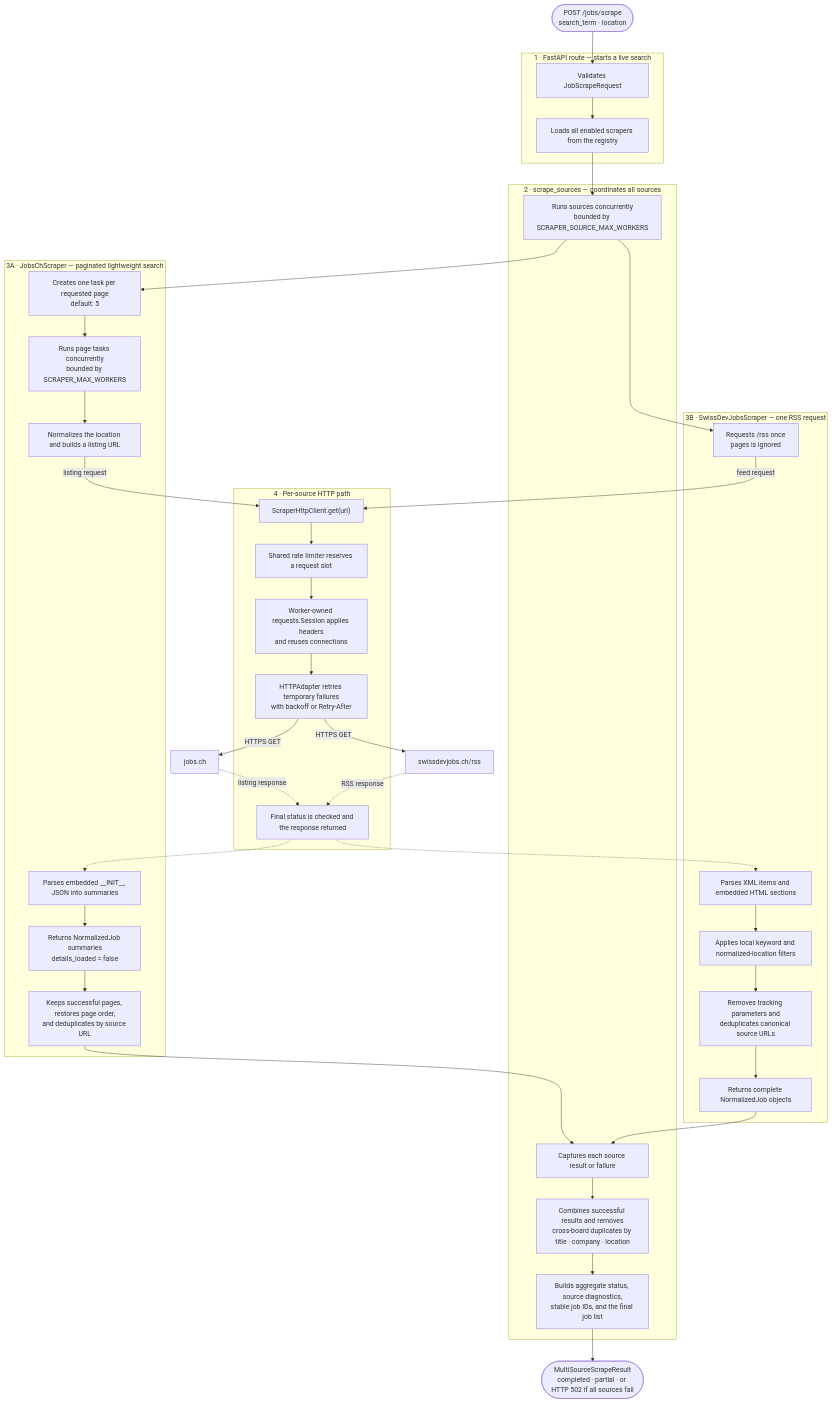
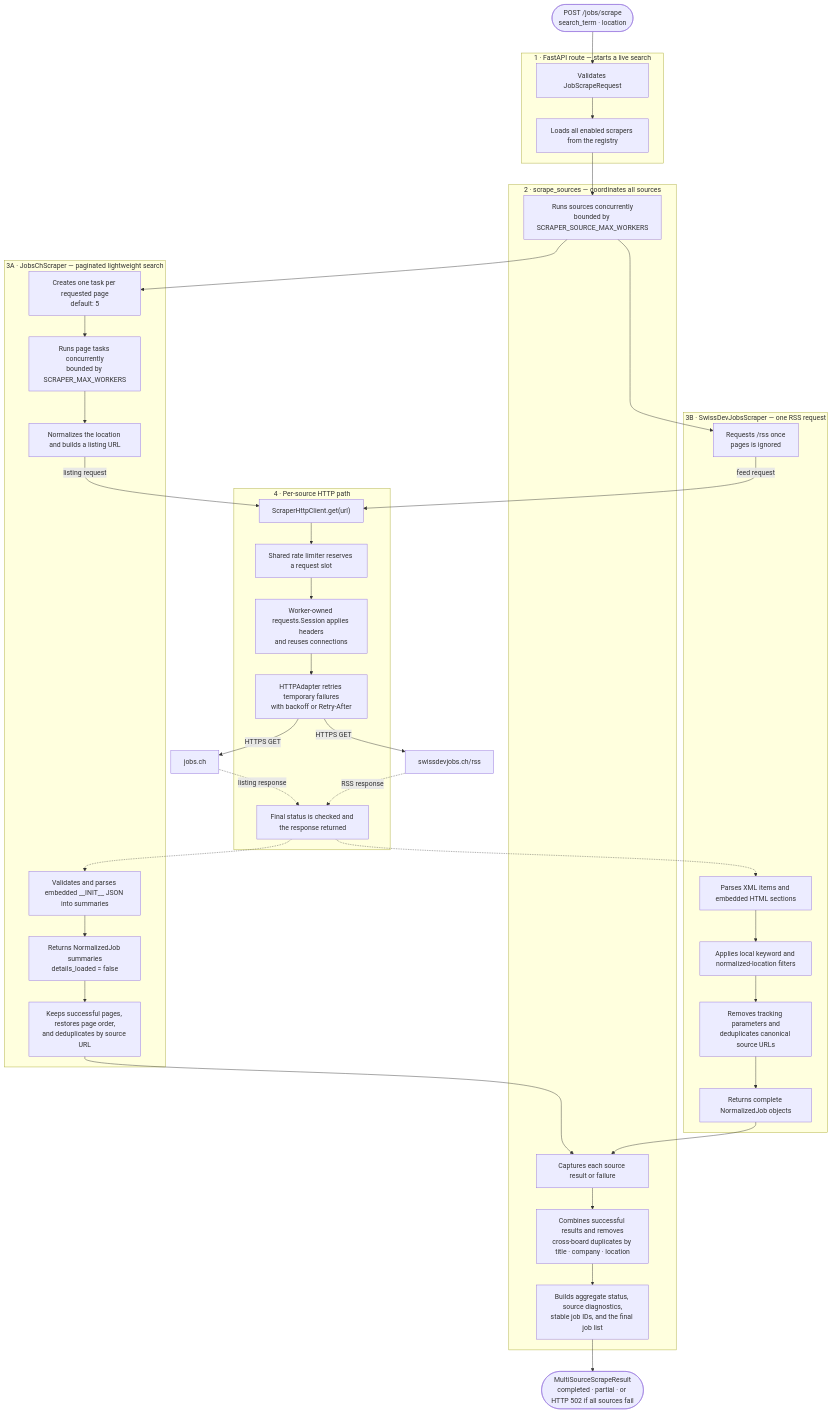
The first of 2 diagrams in SCRAPER_WORKFLOW.md (Loca0307/JobFinder), drawn with Mermaid before and after one commit. The commit also changed other lines of this file and 3 other files, not shown here.

````diff
--- a/SCRAPER_WORKFLOW.md
+++ b/SCRAPER_WORKFLOW.md
@@ -7,63 +7,63 @@
 ```mermaid
 flowchart TD
     CALL(["POST /jobs/scrape<br/>search_term · location"])
 
     subgraph API["1 · FastAPI route — starts a live search"]
         VALIDATE["Validates JobScrapeRequest"]
         REGISTER["Loads all enabled scrapers from the registry"]
     end
 
     subgraph ORCHESTRATOR["2 · scrape_sources — coordinates all sources"]
         SOURCEPOOL["Runs sources concurrently<br/>bounded by SCRAPER_SOURCE_MAX_WORKERS"]
         ISOLATE["Captures each source result or failure"]
         CROSSDEDUPE["Combines successful results and removes<br/>cross-board duplicates by title · company · location"]
         SUMMARY["Builds aggregate status, source diagnostics,<br/>stable job IDs, and the final job list"]
     end
 
     subgraph JOBSCH["3A · JobsChScraper — paginated lightweight search"]
         PAGEPLAN["Creates one task per requested page<br/>default: 5"]
         PAGEPOOL["Runs page tasks concurrently<br/>bounded by SCRAPER_MAX_WORKERS"]
         LISTURL["Normalizes the location and builds a listing URL"]
-        INITJSON["Parses embedded __INIT__ JSON into summaries"]
+        INITJSON["Validates and parses embedded __INIT__ JSON into summaries"]
         LIGHT["Returns NormalizedJob summaries<br/>details_loaded = false"]
         PAGEMERGE["Keeps successful pages, restores page order,<br/>and deduplicates by source URL"]
     end
 
     subgraph SWISSDEV["3B · SwissDevJobsScraper — one RSS request"]
         RSS["Requests /rss once<br/>pages is ignored"]
         XML["Parses XML items and embedded HTML sections"]
         FILTER["Applies local keyword and normalized-location filters"]
         CANONICAL["Removes tracking parameters and<br/>deduplicates canonical source URLs"]
         COMPLETE["Returns complete NormalizedJob objects"]
     end
 
     subgraph TRANSPORT["4 · Per-source HTTP path"]
         GET["ScraperHttpClient.get(url)"]
         LIMIT["Shared rate limiter reserves a request slot"]
         SESSION["Worker-owned requests.Session applies headers<br/>and reuses connections"]
         RETRY["HTTPAdapter retries temporary failures<br/>with backoff or Retry-After"]
         STATUS["Final status is checked and the response returned"]
     end
 
     JOBSCHSITE["jobs.ch"]
     RSSSITE["swissdevjobs.ch/rss"]
     RETURN(["MultiSourceScrapeResult<br/>completed · partial · or HTTP 502 if all sources fail"])
 
     CALL --> VALIDATE --> REGISTER --> SOURCEPOOL
     SOURCEPOOL --> PAGEPLAN --> PAGEPOOL --> LISTURL
     SOURCEPOOL --> RSS
 
     LISTURL -->|"listing request"| GET
     RSS -->|"feed request"| GET
     GET --> LIMIT --> SESSION --> RETRY
     RETRY -->|"HTTPS GET"| JOBSCHSITE
     RETRY -->|"HTTPS GET"| RSSSITE
     JOBSCHSITE -. "listing response" .-> STATUS
     RSSSITE -. "RSS response" .-> STATUS
     STATUS -.-> INITJSON
     STATUS -.-> XML
 
     INITJSON --> LIGHT --> PAGEMERGE --> ISOLATE
     XML --> FILTER --> CANONICAL --> COMPLETE --> ISOLATE
     ISOLATE --> CROSSDEDUPE --> SUMMARY --> RETURN
 ```
````
